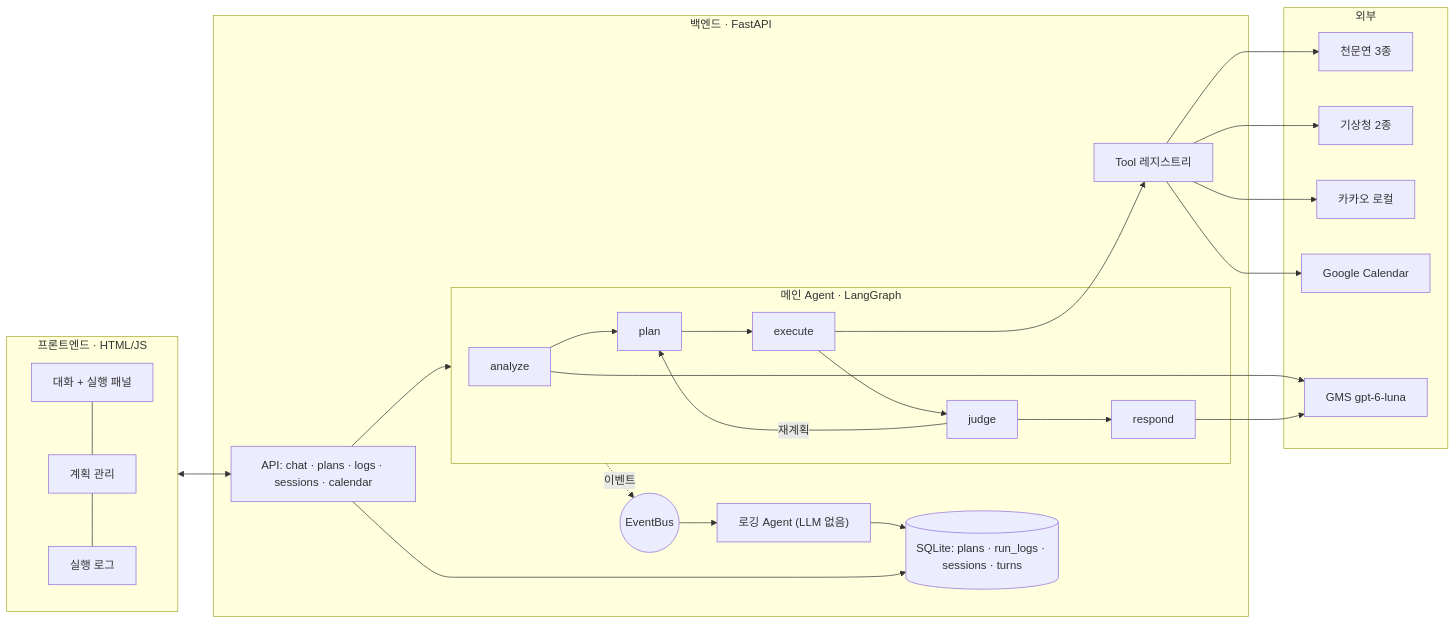
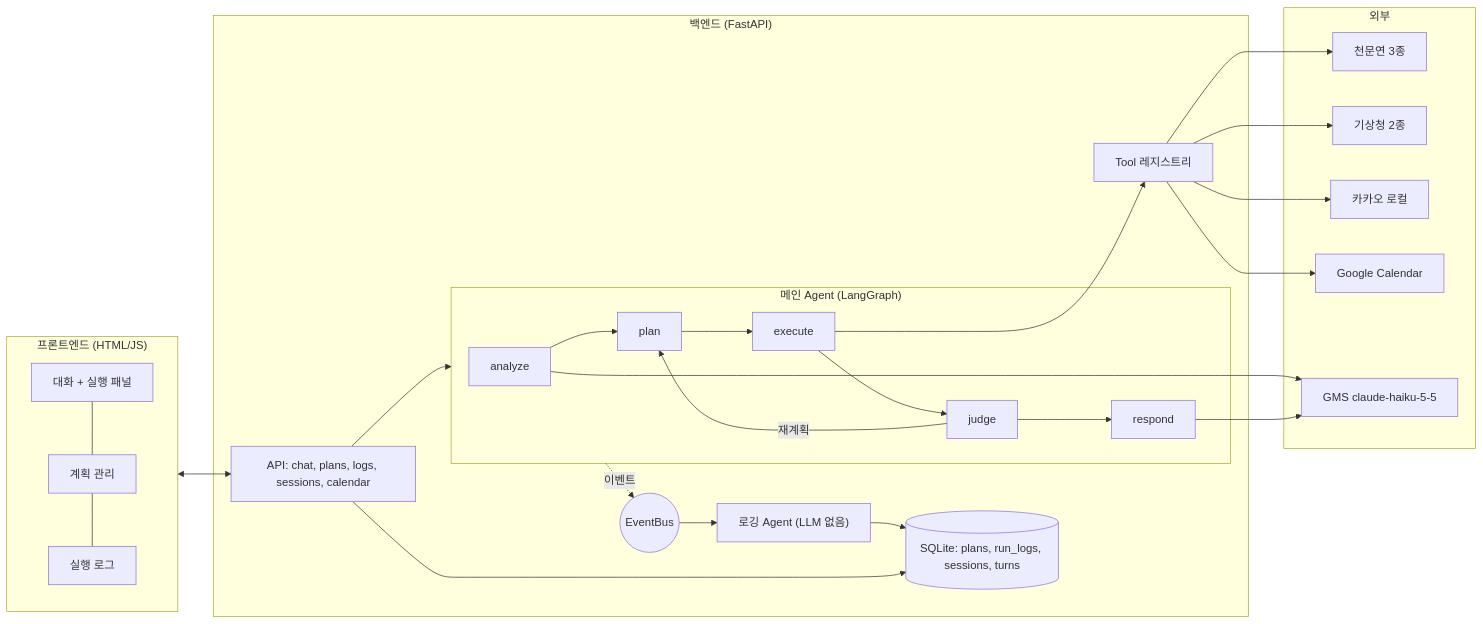
Before and after one commit to bnbong/Astrowatch: the diagram in README.md, drawn with Mermaid. The commit also changed other lines of this file and 99 other files, not shown here.

````diff
--- a/README.md
+++ b/README.md
@@ -55,29 +82,29 @@
 ```mermaid
 flowchart LR
-  subgraph FE["프론트엔드 · HTML/JS"]
+  subgraph FE["프론트엔드 (HTML/JS)"]
     C["대화 + 실행 패널"] --- P["계획 관리"] --- L["실행 로그"]
   end
-  subgraph BE["백엔드 · FastAPI"]
-    API["API: chat · plans · logs · sessions · calendar"]
-    subgraph AG["메인 Agent · LangGraph"]
+  subgraph BE["백엔드 (FastAPI)"]
+    API["API: chat, plans, logs, sessions, calendar"]
+    subgraph AG["메인 Agent (LangGraph)"]
       A[analyze] --> PL[plan] --> E[execute] --> J[judge] --> R[respond]
       J -->|재계획| PL
     end
     REG["Tool 레지스트리"]
     BUS((EventBus))
     LOG["로깅 Agent (LLM 없음)"]
-    DB[("SQLite: plans · run_logs · sessions · turns")]
+    DB[("SQLite: plans, run_logs, sessions, turns")]
   end
   subgraph EXT["외부"]
     K1["천문연 3종"]
     K2["기상청 2종"]
     K3["카카오 로컬"]
     K4["Google Calendar"]
-    LLM["GMS gpt-6-luna"]
+    LLM["GMS claude-haiku-5-5"]
   end
   FE <--> API --> AG
   E --> REG --> K1 & K2 & K3 & K4
   A & R --> LLM
   AG -. 이벤트 .-> BUS --> LOG --> DB
   API --> DB
 ```
````
